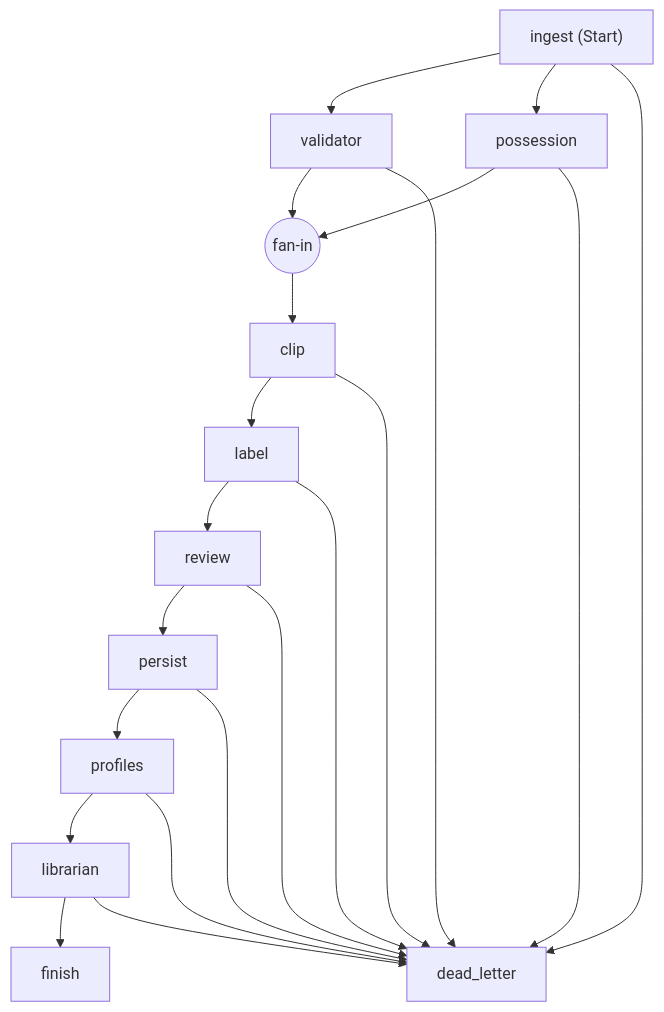
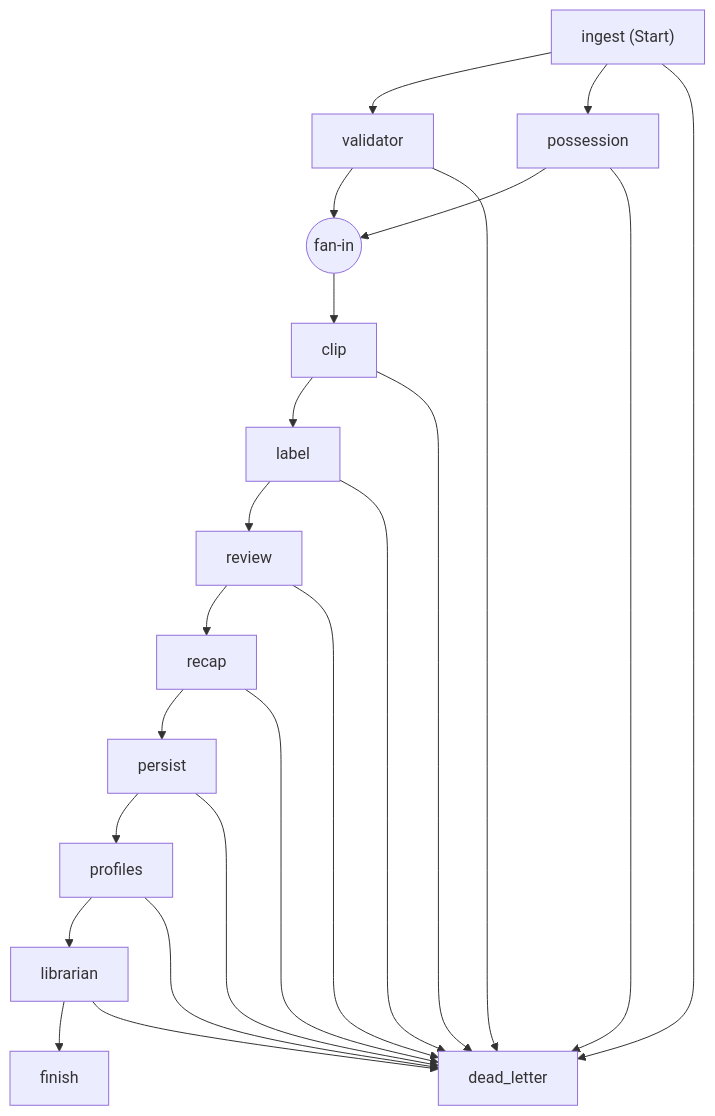
The first of 2 diagrams in docs/workflow.md (Qadzilla/Regista), drawn with Mermaid before and after one commit. The commit also changed other lines of this file and 22 other files, not shown here.

````diff
--- a/docs/workflow.md
+++ b/docs/workflow.md
@@ -5,35 +5,38 @@
 ```mermaid
 flowchart TD
   ingest["ingest (Start)"];
   validator["validator"];
   possession["possession"];
   clip["clip"];
   label["label"];
   review["review"];
+  recap["recap"];
   persist["persist"];
   profiles["profiles"];
   librarian["librarian"];
   finish["finish"];
   dead_letter["dead_letter"];
   fan_in__clip__c9c283db((fan-in))
   possession --> fan_in__clip__c9c283db;
   validator --> fan_in__clip__c9c283db;
   fan_in__clip__c9c283db --> clip;
   ingest --> validator;
   ingest --> possession;
   clip --> label;
   label --> review;
-  review --> persist;
+  review --> recap;
+  recap --> persist;
   persist --> profiles;
   profiles --> librarian;
   librarian --> finish;
   ingest --> dead_letter;
   validator --> dead_letter;
   possession --> dead_letter;
   clip --> dead_letter;
   label --> dead_letter;
+  recap --> dead_letter;
   persist --> dead_letter;
   librarian --> dead_letter;
   review --> dead_letter;
   profiles --> dead_letter;
 ```
````
